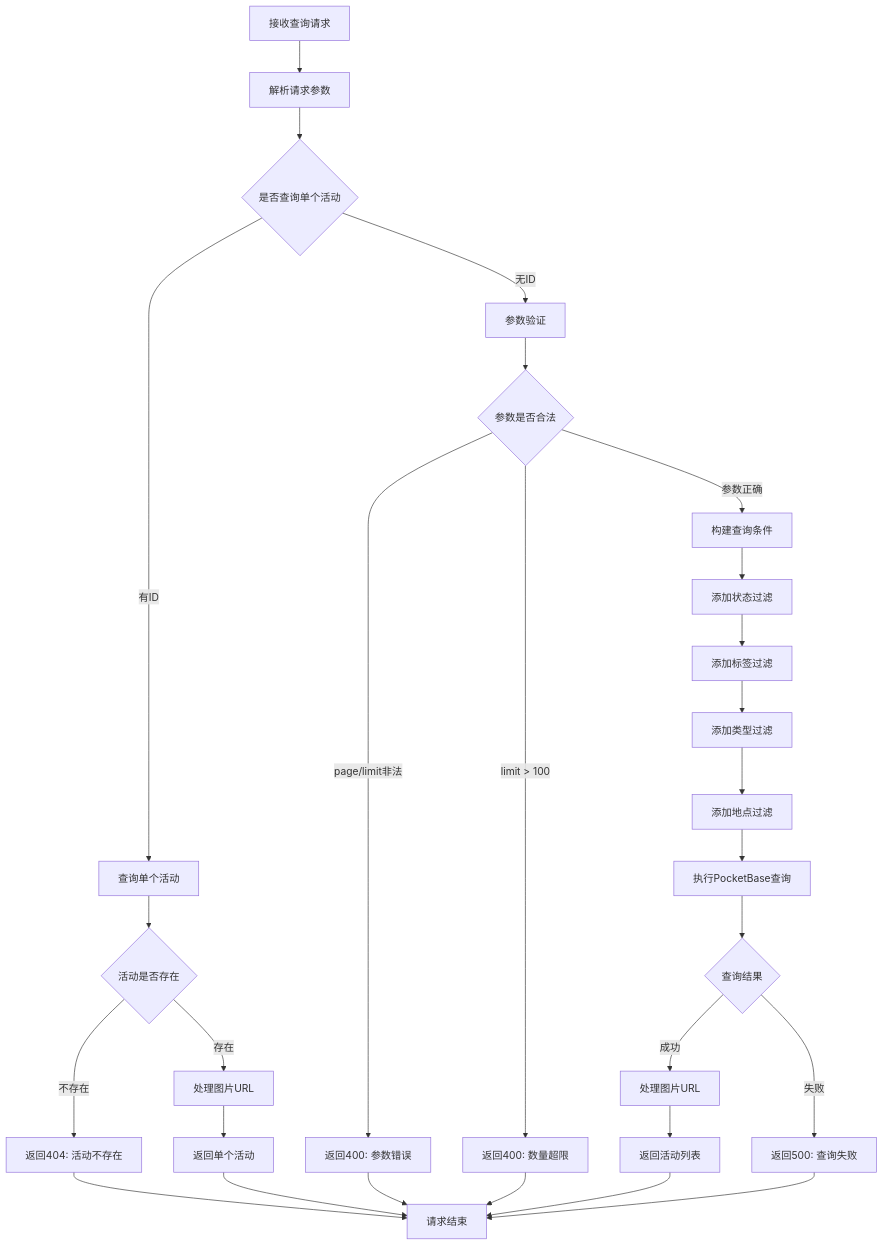
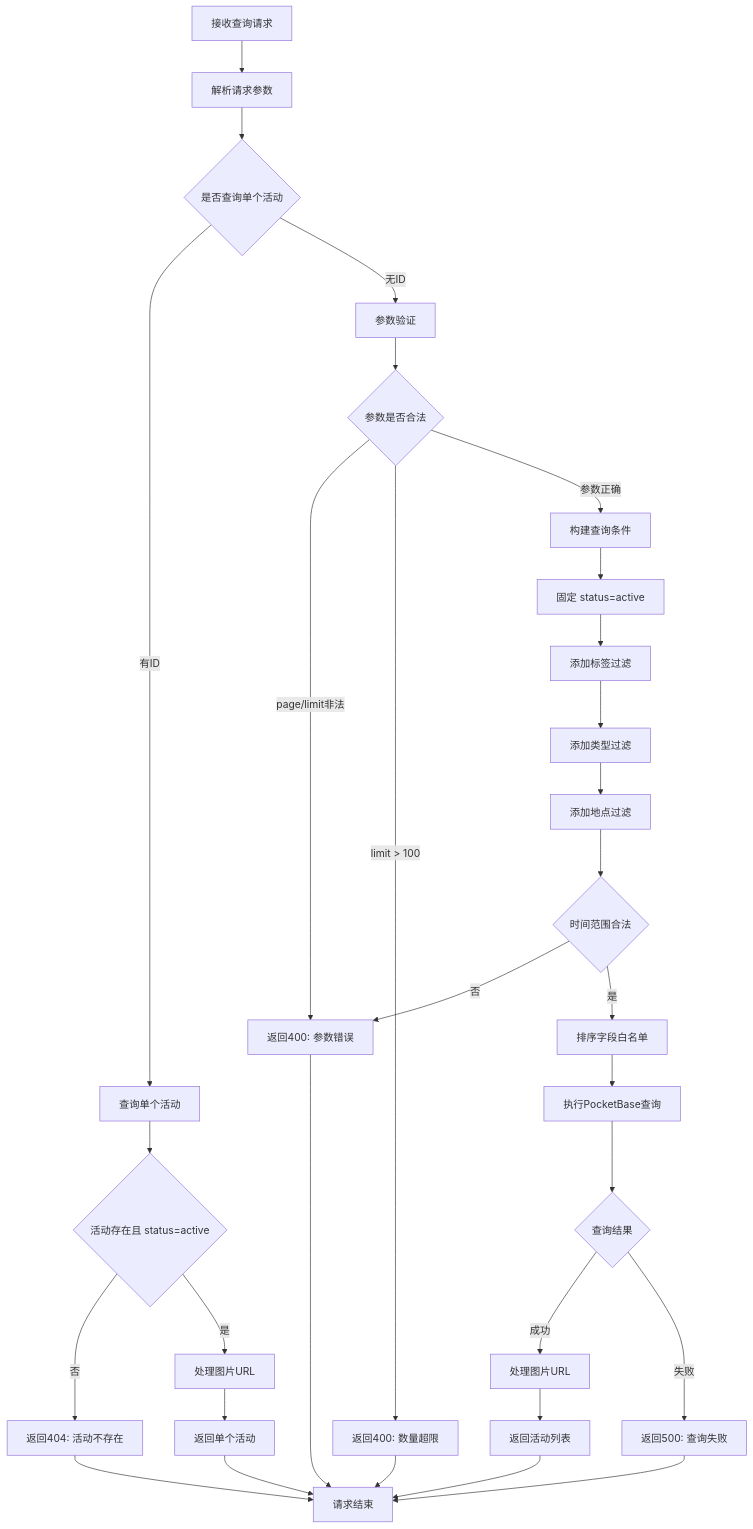
Before and after one commit to imatrixme/ikanyue: the diagram in ikanyue.mapi.hono/src/routes/activity/find.js.md, drawn with Mermaid. The commit also changed other lines of this file and 16 other files, not shown here.

````diff
--- a/ikanyue.mapi.hono/src/routes/activity/find.js.md
+++ b/ikanyue.mapi.hono/src/routes/activity/find.js.md
@@ -9,30 +9,33 @@
 ```mermaid
 flowchart TD
     A[接收查询请求] --> B[解析请求参数]
     B --> C{是否查询单个活动}
     C -->|有ID| D[查询单个活动]
     C -->|无ID| E[参数验证]
-    D --> F{活动是否存在}
-    F -->|不存在| G[返回404: 活动不存在]
-    F -->|存在| H[处理图片URL]
+    D --> F{活动存在且 status=active}
+    F -->|否| G[返回404: 活动不存在]
+    F -->|是| H[处理图片URL]
     E --> I{参数是否合法}
     I -->|page/limit非法| J[返回400: 参数错误]
     I -->|limit > 100| K[返回400: 数量超限]
     I -->|参数正确| L[构建查询条件]
-    L --> M[添加状态过滤]
+    L --> M[固定 status=active]
     M --> N[添加标签过滤]
     N --> O[添加类型过滤]
     O --> P[添加地点过滤]
-    P --> Q[执行PocketBase查询]
+    P --> P2{时间范围合法}
+    P2 -->|否| J
+    P2 -->|是| P3[排序字段白名单]
+    P3 --> Q[执行PocketBase查询]
     Q --> R{查询结果}
     R -->|成功| S[处理图片URL]
     R -->|失败| T[返回500: 查询失败]
     H --> U[返回单个活动]
     S --> V[返回活动列表]
     G --> W[请求结束]
     J --> W
     K --> W
     T --> W
     U --> W
     V --> W
 ```
````
